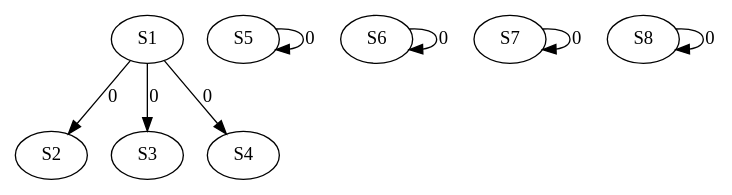
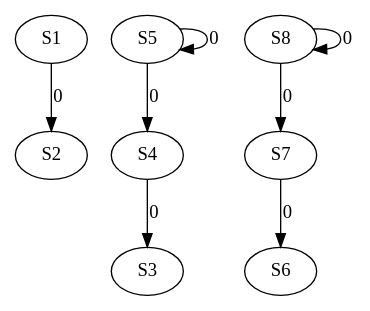
The diagram in data/graph/GT_vs_WGT/RandomG/n_8__e_7__l_1.dot (Kuanhao-Chao/Wheeler_Graph_Toolkit), drawn with Graphviz before and after one commit. The commit also changed 11978 other files, not shown here.

Commit message:
Update data/graph/

```diff
--- a/data/graph/GT_vs_WGT/RandomG/n_8__e_7__l_1.dot
+++ b/data/graph/GT_vs_WGT/RandomG/n_8__e_7__l_1.dot
@@ -1,9 +1,9 @@
 strict digraph {
 	S1 -> S2 [ label = 0 ];
-	S1 -> S3 [ label = 0 ];
-	S1 -> S4 [ label = 0 ];
+	S4 -> S3 [ label = 0 ];
+	S5 -> S4 [ label = 0 ];
 	S5 -> S5 [ label = 0 ];
-	S6 -> S6 [ label = 0 ];
-	S7 -> S7 [ label = 0 ];
+	S7 -> S6 [ label = 0 ];
+	S8 -> S7 [ label = 0 ];
 	S8 -> S8 [ label = 0 ];
 }
```
